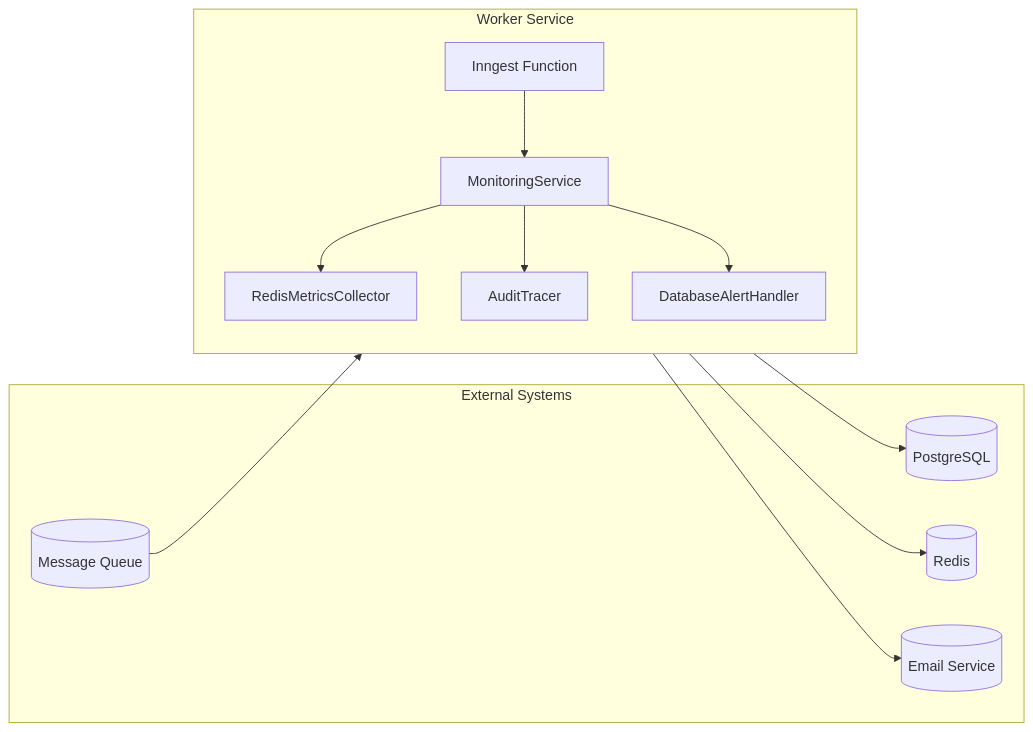
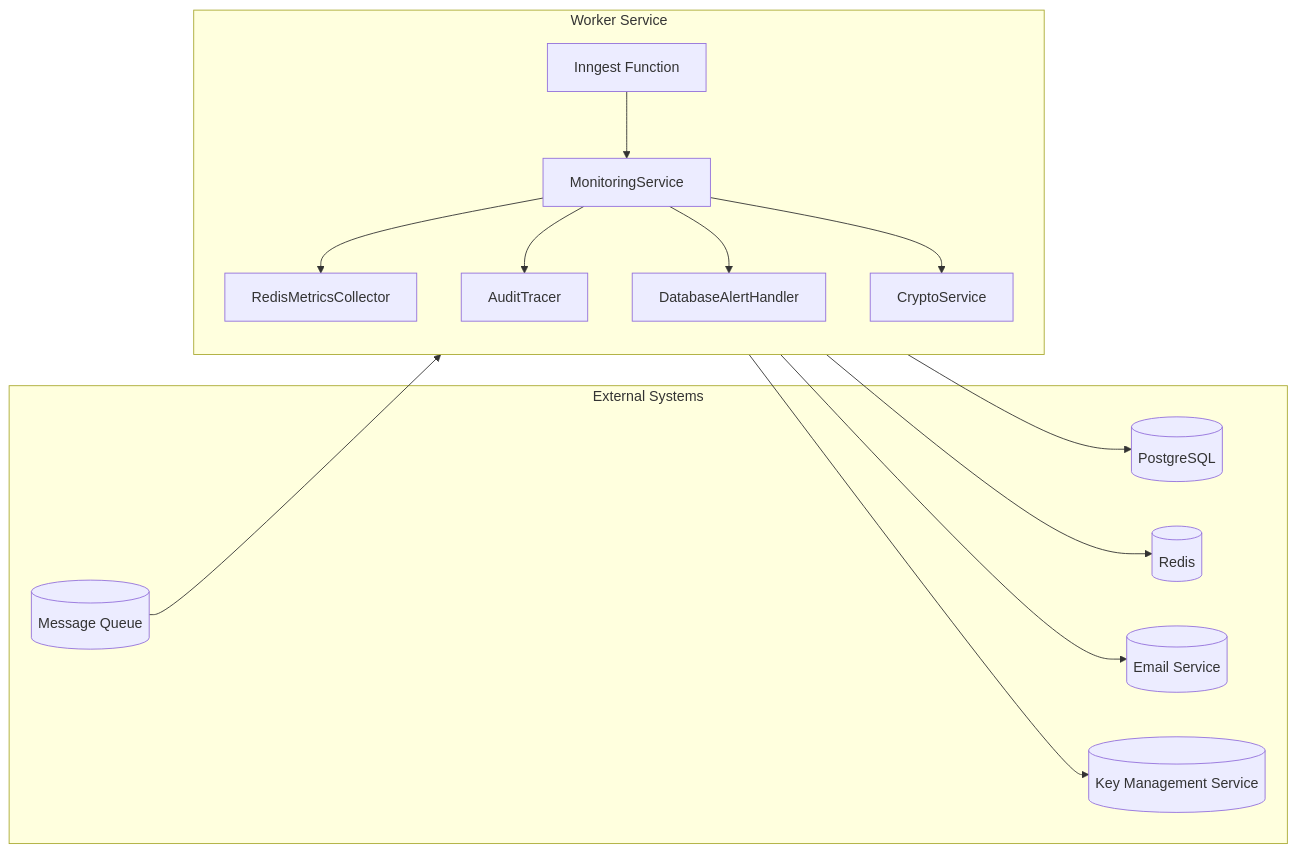
One commit to smedrec/smart-logs changed the second of 7 diagrams in .qoder/repowiki/en/content/Worker Service.md. Above: the diagram before and after it, drawn with Mermaid. The commit also changed other lines of this file and 7 other files, not shown here.

````diff
--- a/.qoder/repowiki/en/content/Worker Service.md
+++ b/.qoder/repowiki/en/content/Worker Service.md
@@ -97,25 +108,29 @@
 ```mermaid
 graph LR
 subgraph "External Systems"
 MQ[(Message Queue)]
 DB[(PostgreSQL)]
 Cache[(Redis)]
 SMTP[(Email Service)]
+KMS[(Key Management Service)]
 end
 subgraph "Worker Service"
 direction TB
 Inngest[Inngest Function]
 Monitor[MonitoringService]
 Metrics[RedisMetricsCollector]
 Tracer[AuditTracer]
 Alerts[DatabaseAlertHandler]
+Crypto[CryptoService]
 end
 MQ --> Inngest
 Inngest --> Monitor
 Monitor --> Metrics
 Monitor --> Tracer
 Monitor --> Alerts
+Monitor --> Crypto
+Crypto --> KMS
 Alerts --> DB
 Metrics --> Cache
 Monitor --> SMTP
 ```
````
